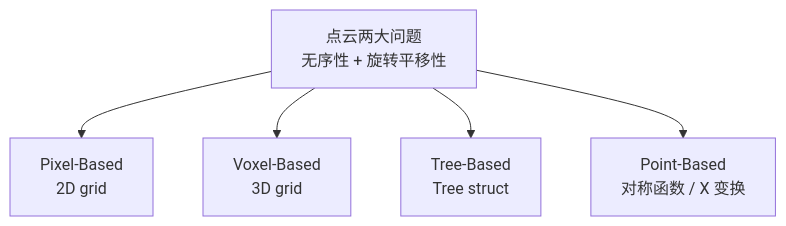
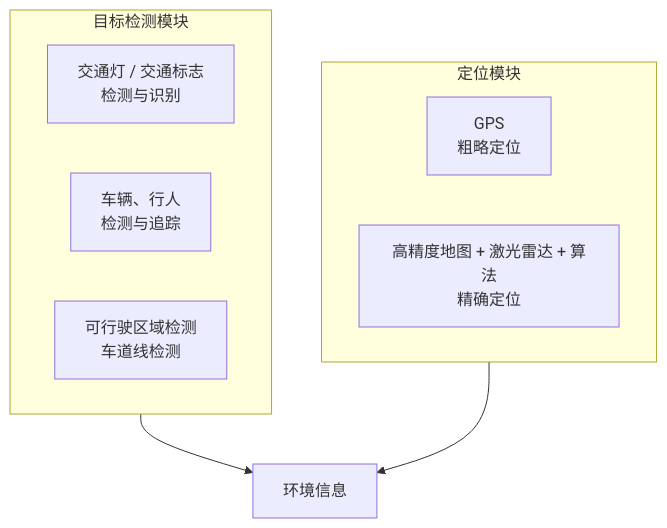
Before and after one commit to MciG-ggg/mcig-ggg.github.io: the fourth of 9 diagrams in src/content/lecture/zh-cn/Auto-Drive-Intro/index.md, drawn with Mermaid. The commit also changed other lines of this file and 88 other files, not shown here.

````diff
--- a/src/content/lecture/zh-cn/Auto-Drive-Intro/index.md
+++ b/src/content/lecture/zh-cn/Auto-Drive-Intro/index.md
@@ -293,8 +543,14 @@
 ```mermaid
-flowchart TD
-  Q["点云两大问题<br/>无序性 + 旋转平移性"]
-  Q --> PB["Pixel-Based<br/>2D grid"]
-  Q --> VB["Voxel-Based<br/>3D grid"]
-  Q --> TB["Tree-Based<br/>Tree struct"]
-  Q --> PT["Point-Based<br/>对称函数 / X 变换"]
+flowchart TB
+  subgraph D["目标检测模块"]
+    D1["交通灯 / 交通标志<br/>检测与识别"]
+    D2["车辆、行人<br/>检测与追踪"]
+    D3["可行驶区域检测<br/>车道线检测"]
+  end
+  subgraph L["定位模块"]
+    L1["GPS<br/>粗略定位"]
+    L2["高精度地图 + 激光雷达 + 算法<br/>精确定位"]
+  end
+  D --> E["环境信息"]
+  L --> E
 ```
````
